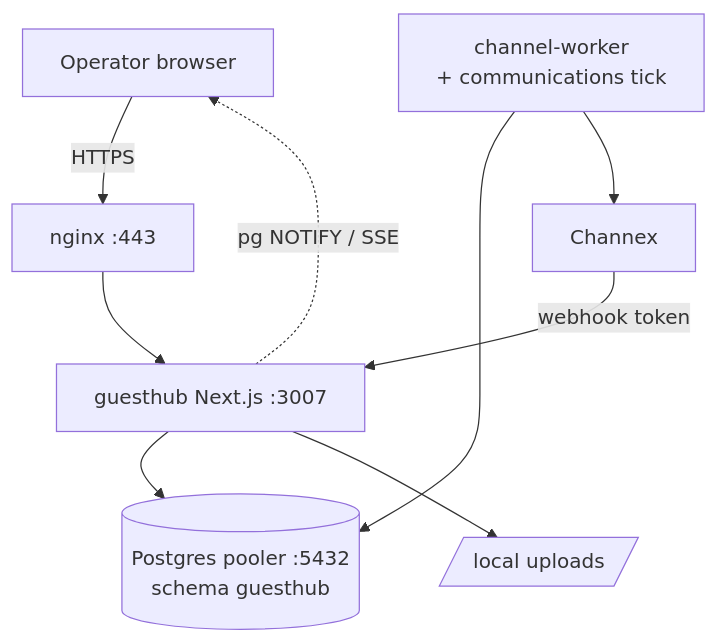
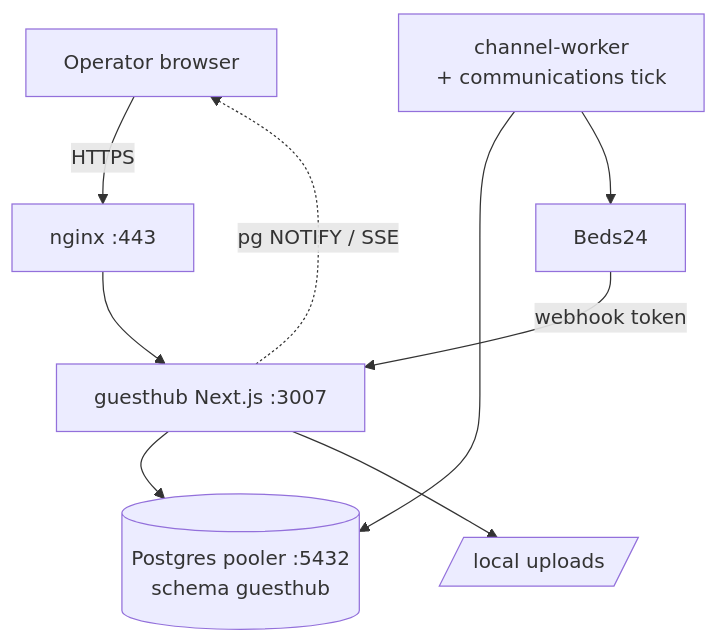
Before and after one commit to Ronus922/GuestHub: the diagram in docs/architecture/SYSTEM_OVERVIEW.md, drawn with Mermaid. The commit also changed other lines of this file and 43 other files, not shown here.

````diff
--- a/docs/architecture/SYSTEM_OVERVIEW.md
+++ b/docs/architecture/SYSTEM_OVERVIEW.md
@@ -34,13 +34,13 @@
 ```mermaid
 %% TODO(Stage 7): replace with the DELIVERED topology. Seed below is the CURRENT state
 %% distilled from ARCHITECTURE_INVENTORY.md §13 — update after Stage 2 (clusters) and Stage 3 (worker split).
 flowchart TB
     OP[Operator browser] -->|HTTPS| NGX[nginx :443]
-    CHX[Channex] -->|webhook token| WEB
+    CHX[Beds24] -->|webhook token| WEB
     NGX --> WEB[guesthub Next.js :3007]
     WEB --> POOL[(Postgres pooler :5432\nschema guesthub)]
     WRK[channel-worker\n+ communications tick] --> POOL
     WRK --> CHX
     WEB -.pg NOTIFY / SSE.-> OP
     WEB --> UPL[/local uploads/]
 ```
````
